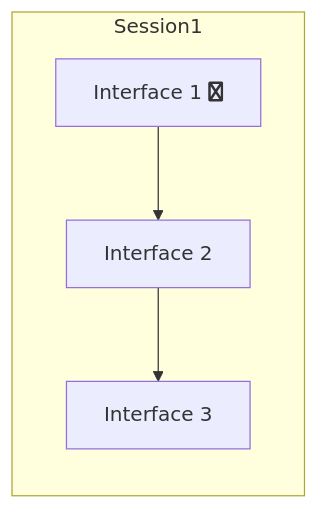
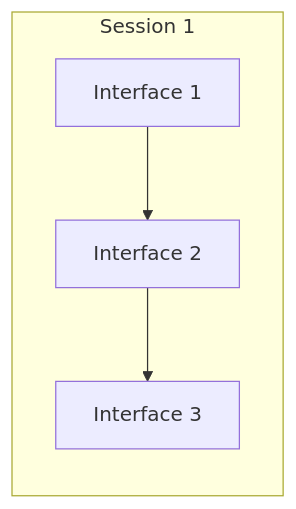
The second of 3 diagrams in design.md (saclab/xcap-stack-docs), drawn with Mermaid before and after one commit. The commit also changed other lines of this file, not shown here.

````diff
--- a/design.md
+++ b/design.md
@@ -13,10 +14,10 @@
 ```mermaid
 graph LR
-int1["Interface 1 fa:fa-twitter"]
+int1["Interface 1"]
 int2["Interface 2"]
 int3["Interface 3"]
-subgraph Session1
+subgraph Session 1
 int1 -->int2
 int2 --> int3
 end
 ```
````
